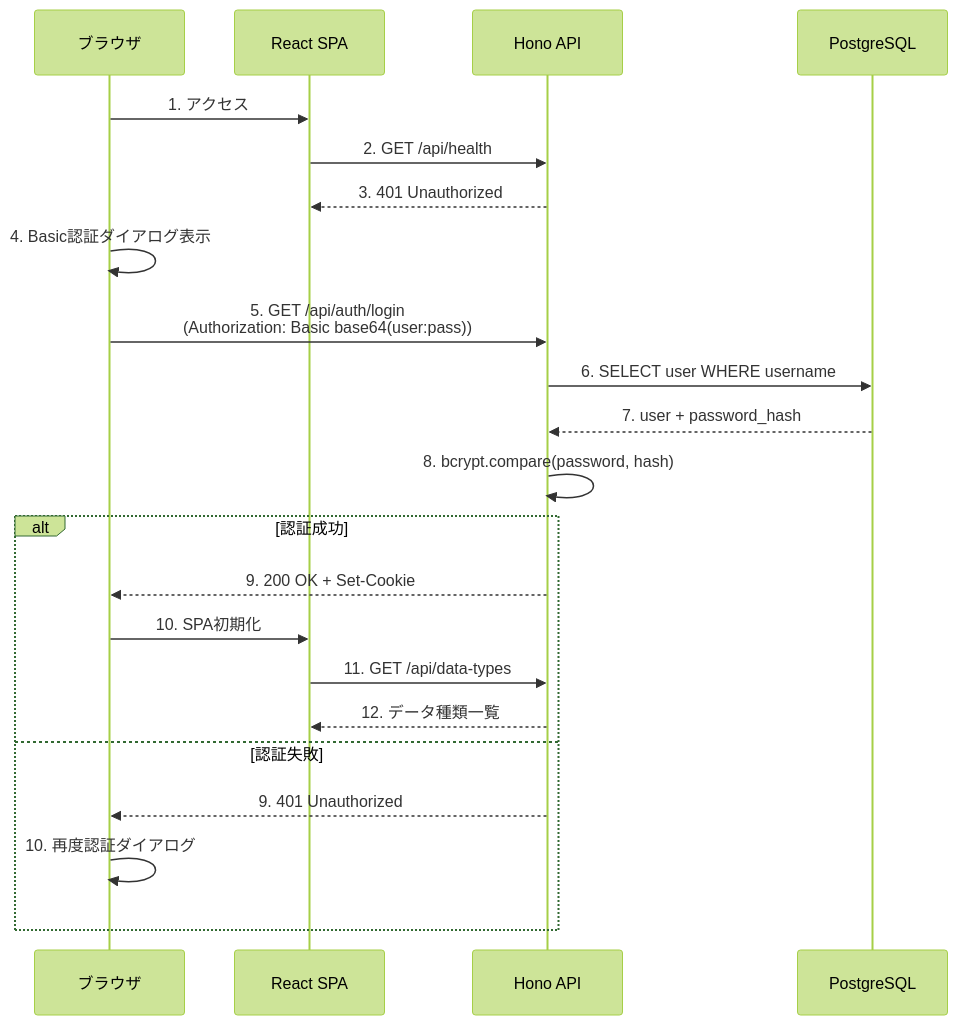
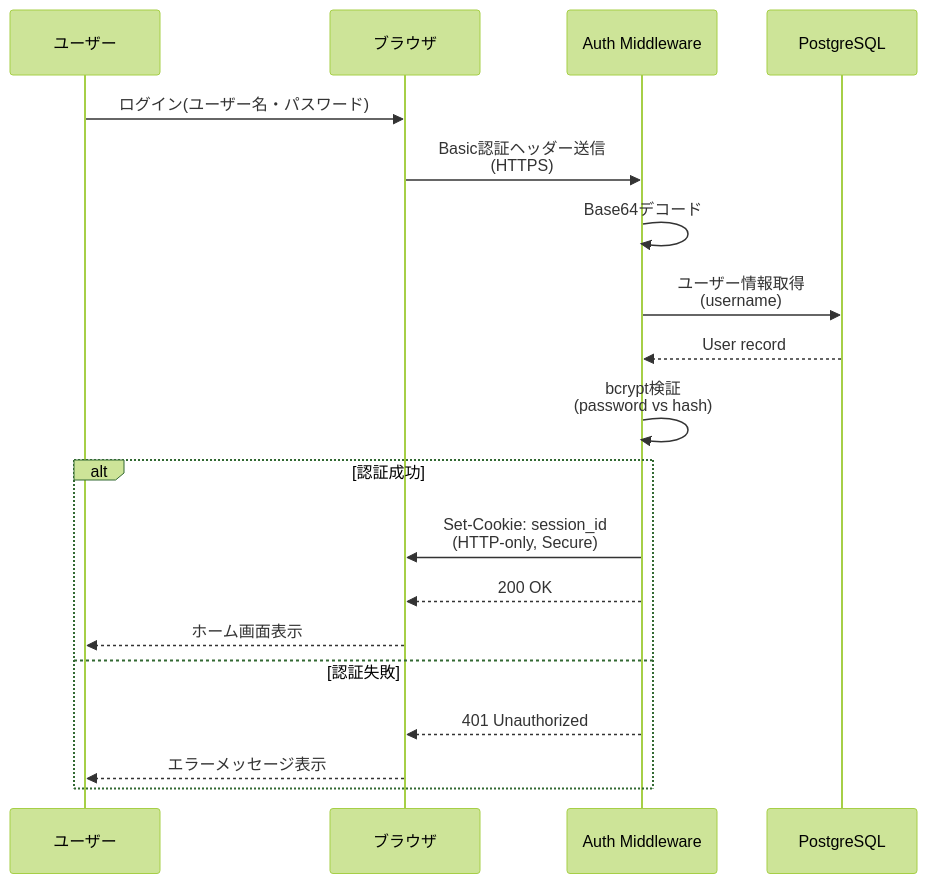
The second of 19 diagrams in .kiro/specs/personal-healthcare-record/design.md (mkyutani/sphr), drawn with Mermaid (forest theme) before and after one commit. The commit also changed other lines of this file and 2 other files, not shown here.

````diff
--- a/.kiro/specs/personal-healthcare-record/design.md
+++ b/.kiro/specs/personal-healthcare-record/design.md
@@ -213,26 +191,23 @@
 ```mermaid
 sequenceDiagram
+    participant User as ユーザー
     participant Browser as ブラウザ
-    participant Frontend as React SPA
-    participant Backend as Hono API
+    participant Auth as Auth Middleware
     participant DB as PostgreSQL
 
-    Browser->>Frontend: 1. アクセス
-    Frontend->>Backend: 2. GET /api/health
-    Backend-->>Frontend: 3. 401 Unauthorized
-    Browser->>Browser: 4. Basic認証ダイアログ表示
-    Browser->>Backend: 5. GET /api/auth/login<br/>(Authorization: Basic base64(user:pass))
-    Backend->>DB: 6. SELECT user WHERE username
-    DB-->>Backend: 7. user + password_hash
-    Backend->>Backend: 8. bcrypt.compare(password, hash)
+    User->>Browser: ログイン(ユーザー名・パスワード)
+    Browser->>Auth: Basic認証ヘッダー送信<br/>(HTTPS)
+    Auth->>Auth: Base64デコード
+    Auth->>DB: ユーザー情報取得<br/>(username)
+    DB-->>Auth: User record
+    Auth->>Auth: bcrypt検証<br/>(password vs hash)
 
     alt 認証成功
-        Backend-->>Browser: 9. 200 OK + Set-Cookie
-        Browser->>Frontend: 10. SPA初期化
-        Frontend->>Backend: 11. GET /api/data-types
-        Backend-->>Frontend: 12. データ種類一覧
+        Auth->>Browser: Set-Cookie: session_id<br/>(HTTP-only, Secure)
+        Auth-->>Browser: 200 OK
+        Browser-->>User: ホーム画面表示
     else 認証失敗
-        Backend-->>Browser: 9. 401 Unauthorized
-        Browser->>Browser: 10. 再度認証ダイアログ
+        Auth-->>Browser: 401 Unauthorized
+        Browser-->>User: エラーメッセージ表示
     end
 ```
````
